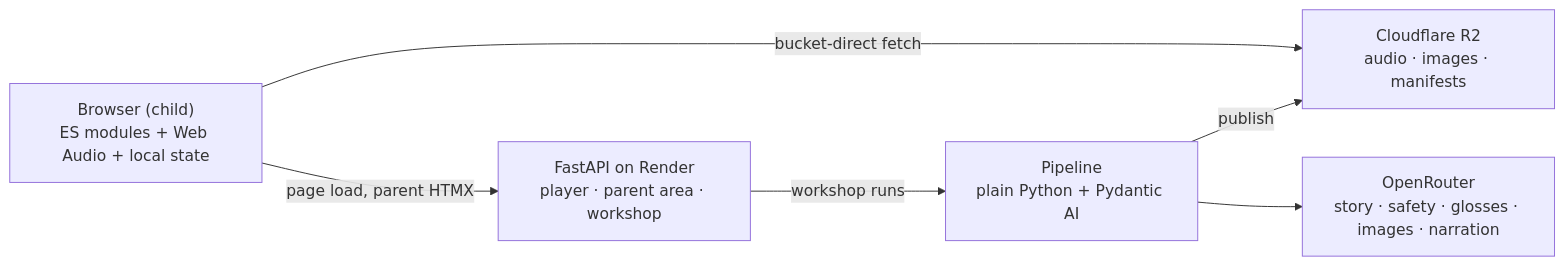
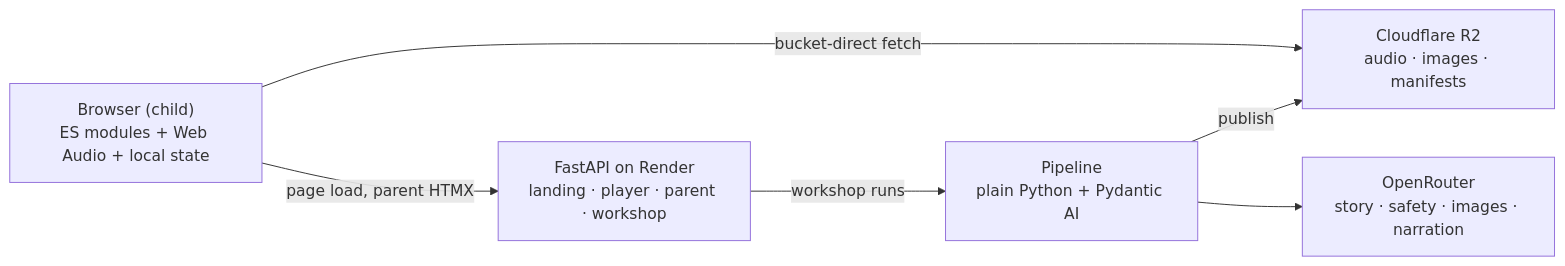
The diagram in README.md (darth-dodo/cantastorie), drawn with Mermaid before and after one commit. The commit also changed other lines of this file, not shown here.

````diff
--- a/README.md
+++ b/README.md
@@ -90,14 +115,14 @@
 ```mermaid
 graph LR
     B["Browser (child)<br/>ES modules + Web Audio + local state"]
     R2["Cloudflare R2<br/>audio · images · manifests"]
-    F["FastAPI on Render<br/>player · parent area · workshop"]
+    F["FastAPI on Render<br/>landing · player · parent · workshop"]
     P["Pipeline<br/>plain Python + Pydantic AI"]
-    OR["OpenRouter<br/>story · safety · glosses · images · narration"]
+    OR["OpenRouter<br/>story · safety · images · narration"]
 
     B -- "bucket-direct fetch" --> R2
     B -- "page load, parent HTMX" --> F
     F -- "workshop runs" --> P
     P -- "publish" --> R2
     P --> OR
 ```
````
